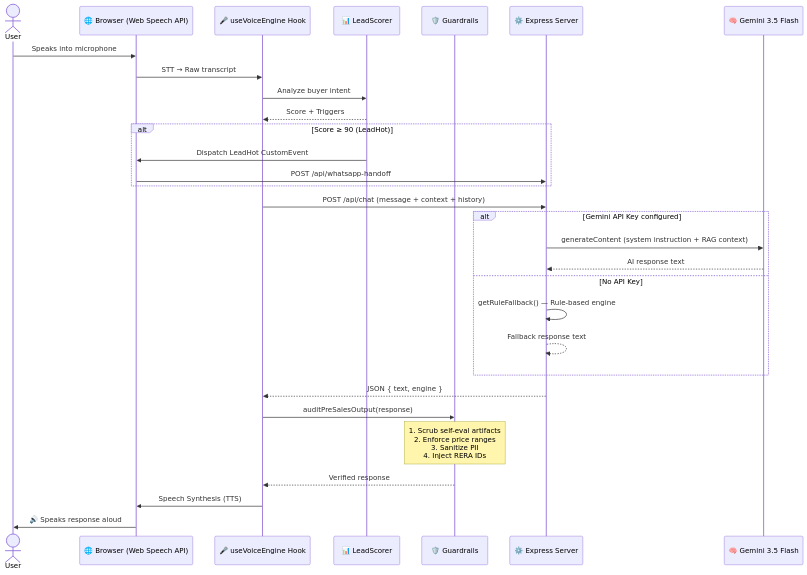
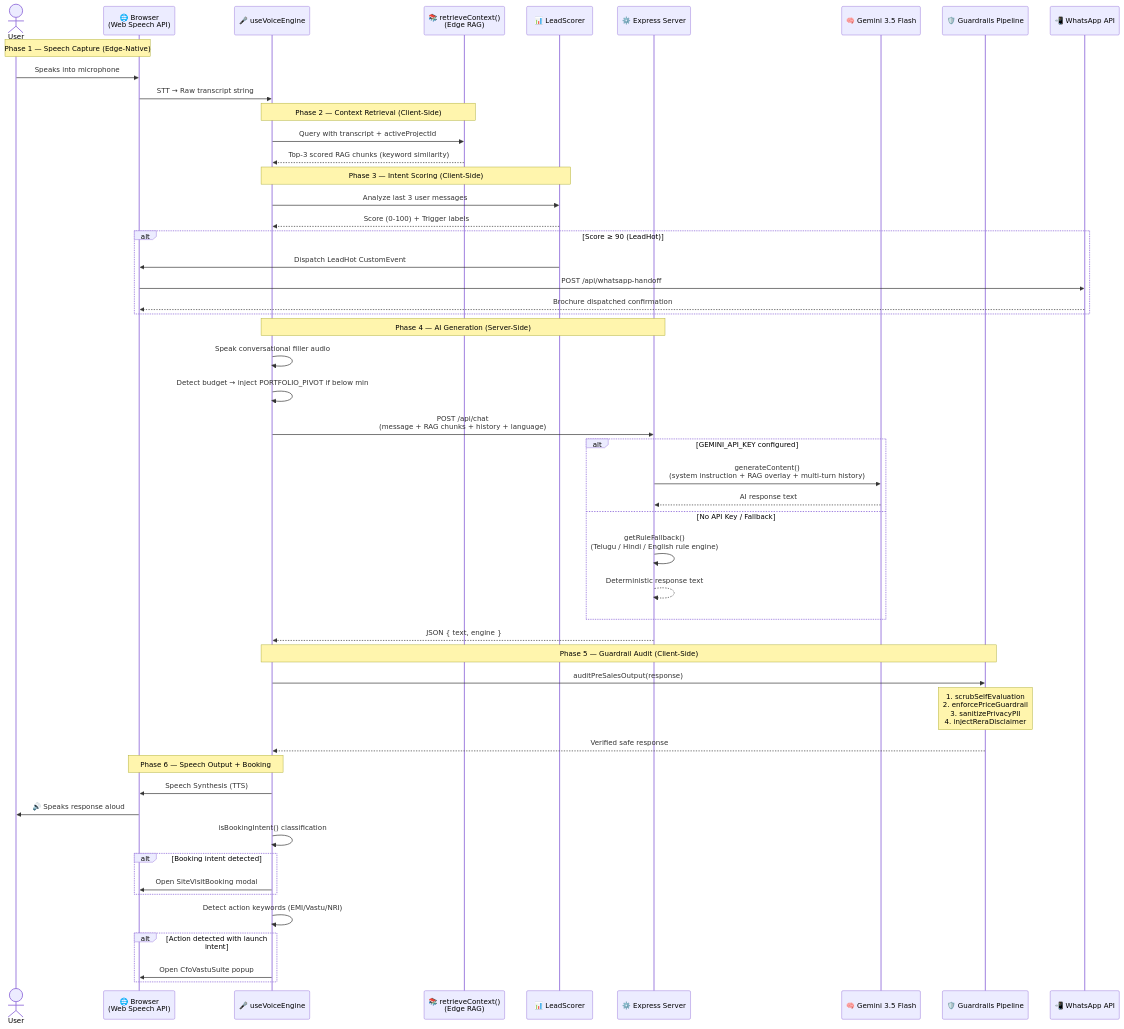
One commit to iammohith/Voice-First-Aura-Real-Estate-Agent-V-FAREA changed the fifth of 11 diagrams in README.md. Above: the diagram before and after it, drawn with Mermaid. The commit also changed other lines of this file, not shown here.

Commit message:
docs: update README with comprehensive architecture diagrams and system design

````diff
--- a/README.md
+++ b/README.md
@@ -153,39 +290,66 @@
 ```mermaid
 sequenceDiagram
     actor User
-    participant Browser as 🌐 Browser (Web Speech API)
-    participant VoiceEngine as 🎤 useVoiceEngine Hook
+    participant Browser as 🌐 Browser<br/>(Web Speech API)
+    participant VoiceEngine as 🎤 useVoiceEngine
+    participant RAG as 📚 retrieveContext()<br/>(Edge RAG)
     participant LeadScorer as 📊 LeadScorer
-    participant Guardrails as 🛡️ Guardrails
     participant Server as ⚙️ Express Server
     participant Gemini as 🧠 Gemini 3.5 Flash
+    participant Guardrails as 🛡️ Guardrails Pipeline
+    participant WhatsApp as 📲 WhatsApp API
 
+    Note over User,Browser: Phase 1 — Speech Capture (Edge-Native)
     User->>Browser: Speaks into microphone
-    Browser->>VoiceEngine: STT → Raw transcript
-    VoiceEngine->>LeadScorer: Analyze buyer intent
-    LeadScorer-->>VoiceEngine: Score + Triggers
+    Browser->>VoiceEngine: STT → Raw transcript string
+
+    Note over VoiceEngine,RAG: Phase 2 — Context Retrieval (Client-Side)
+    VoiceEngine->>RAG: Query with transcript + activeProjectId
+    RAG-->>VoiceEngine: Top-3 scored RAG chunks (keyword similarity)
+
+    Note over VoiceEngine,LeadScorer: Phase 3 — Intent Scoring (Client-Side)
+    VoiceEngine->>LeadScorer: Analyze last 3 user messages
+    LeadScorer-->>VoiceEngine: Score (0-100) + Trigger labels
 
     alt Score ≥ 90 (LeadHot)
         LeadScorer->>Browser: Dispatch LeadHot CustomEvent
-        Browser->>Server: POST /api/whatsapp-handoff
+        Browser->>WhatsApp: POST /api/whatsapp-handoff
+        WhatsApp-->>Browser: Brochure dispatched confirmation
     end
 
-    VoiceEngine->>Server: POST /api/chat (message + context + history)
-    
-    alt Gemini API Key configured
-        Server->>Gemini: generateContent (system instruction + RAG context)
+    Note over VoiceEngine,Server: Phase 4 — AI Generation (Server-Side)
+    VoiceEngine->>VoiceEngine: Speak conversational filler audio
+    VoiceEngine->>VoiceEngine: Detect budget → inject PORTFOLIO_PIVOT if below min
+    VoiceEngine->>Server: POST /api/chat<br/>(message + RAG chunks + history + language)
+
+    alt GEMINI_API_KEY configured
+        Server->>Gemini: generateContent()<br/>(system instruction + RAG overlay + multi-turn history)
         Gemini-->>Server: AI response text
-    else No API Key
-        Server->>Server: getRuleFallback() — Rule-based engine
-        Server-->>Server: Fallback response text
+    else No API Key / Fallback
+        Server->>Server: getRuleFallback()<br/>(Telugu / Hindi / English rule engine)
+        Server-->>Server: Deterministic response text
     end
 
     Server-->>VoiceEngine: JSON { text, engine }
+
+    Note over VoiceEngine,Guardrails: Phase 5 — Guardrail Audit (Client-Side)
     VoiceEngine->>Guardrails: auditPreSalesOutput(response)
-    
-    Note over Guardrails: 1. Scrub self-eval artifacts<br/>2. Enforce price ranges<br/>3. Sanitize PII<br/>4. Inject RERA IDs
 
-    Guardrails-->>VoiceEngine: Verified response
+    Note over Guardrails: 1. scrubSelfEvaluation<br/>2. enforcePriceGuardrail<br/>3. sanitizePrivacyPII<br/>4. injectReraDisclaimer
+
+    Guardrails-->>VoiceEngine: Verified safe response
+
+    Note over VoiceEngine,Browser: Phase 6 — Speech Output + Booking
     VoiceEngine->>Browser: Speech Synthesis (TTS)
     Browser->>User: 🔊 Speaks response aloud
+
+    VoiceEngine->>VoiceEngine: isBookingIntent() classification
+    alt Booking intent detected
+        VoiceEngine->>Browser: Open SiteVisitBooking modal
+    end
+
+    VoiceEngine->>VoiceEngine: Detect action keywords (EMI/Vastu/NRI)
+    alt Action detected with launch intent
+        VoiceEngine->>Browser: Open CfoVastuSuite popup
+    end
 ```
````
